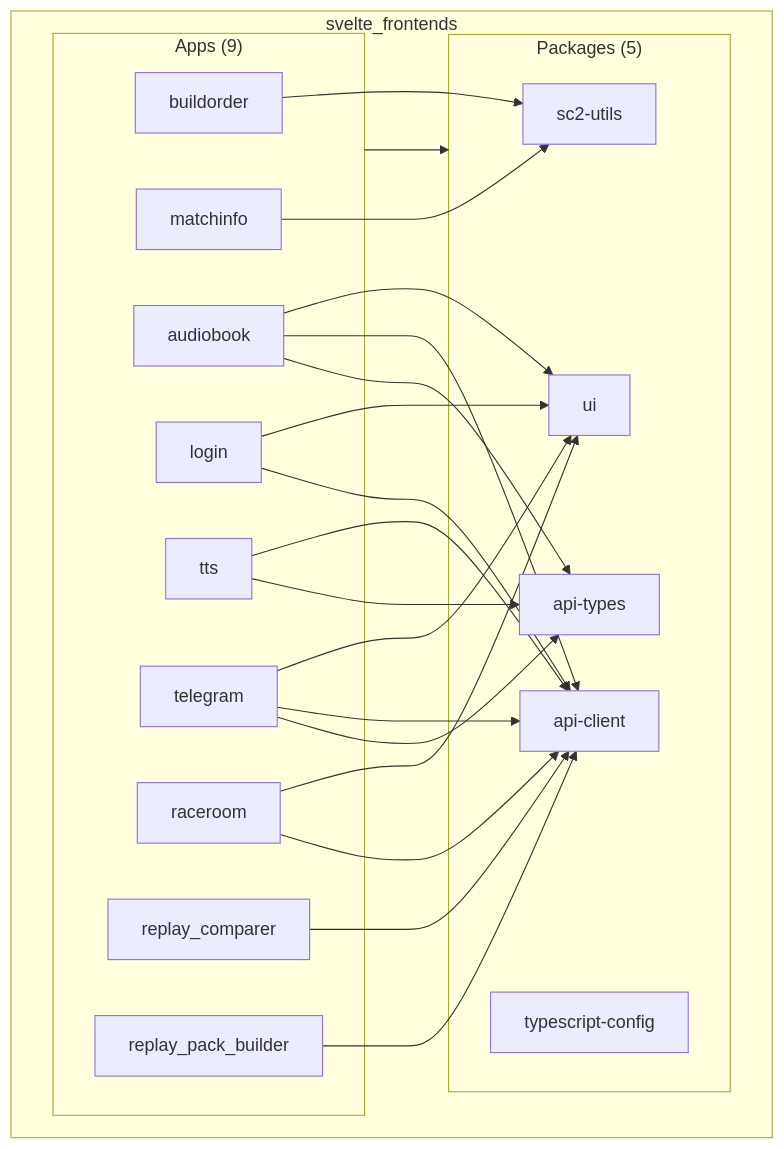
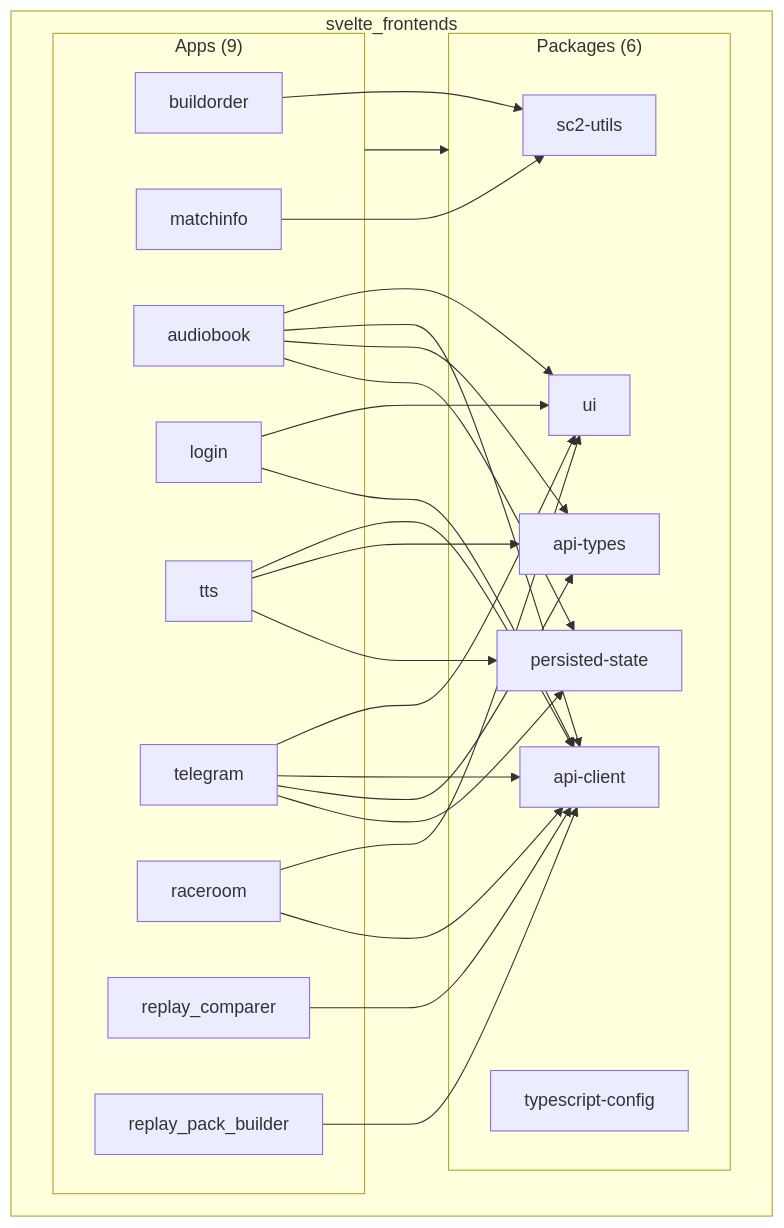
One commit to BurnySc2/monorepo changed the first of 5 diagrams in svelte_frontends/README.md. Above: the diagram before and after it, drawn with Mermaid. The commit also changed 18 other files, not shown here.

````diff
--- a/svelte_frontends/README.md
+++ b/svelte_frontends/README.md
@@ -7,42 +7,46 @@
 ```mermaid
 flowchart TB
     subgraph svelte_frontends["svelte_frontends"]
         subgraph apps["Apps (9)"]
             buildorder[buildorder]
             matchinfo[matchinfo]
             replay_comparer[replay_comparer]
             replay_pack_builder[replay_pack_builder]
             raceroom[raceroom]
             audiobook[audiobook]
             tts[tts]
             telegram[telegram]
             login[login]
         end
 
-        subgraph packages["Packages (5)"]
+        subgraph packages["Packages (6)"]
             ui[ui]
             sc2_utils[sc2-utils]
             typescript_config[typescript-config]
             api_client[api-client]
             api_types[api-types]
+            persisted_state[persisted-state]
         end
     end
 
     apps --> packages
     buildorder --> sc2_utils
     matchinfo --> sc2_utils
     audiobook --> ui
     audiobook --> api_client
     audiobook --> api_types
+    audiobook --> persisted_state
     login --> ui
     login --> api_client
     tts --> api_client
     tts --> api_types
+    tts --> persisted_state
     telegram --> ui
     telegram --> api_client
     telegram --> api_types
+    telegram --> persisted_state
     raceroom --> ui
     raceroom --> api_client
     replay_comparer --> api_client
     replay_pack_builder --> api_client
 ```
````
